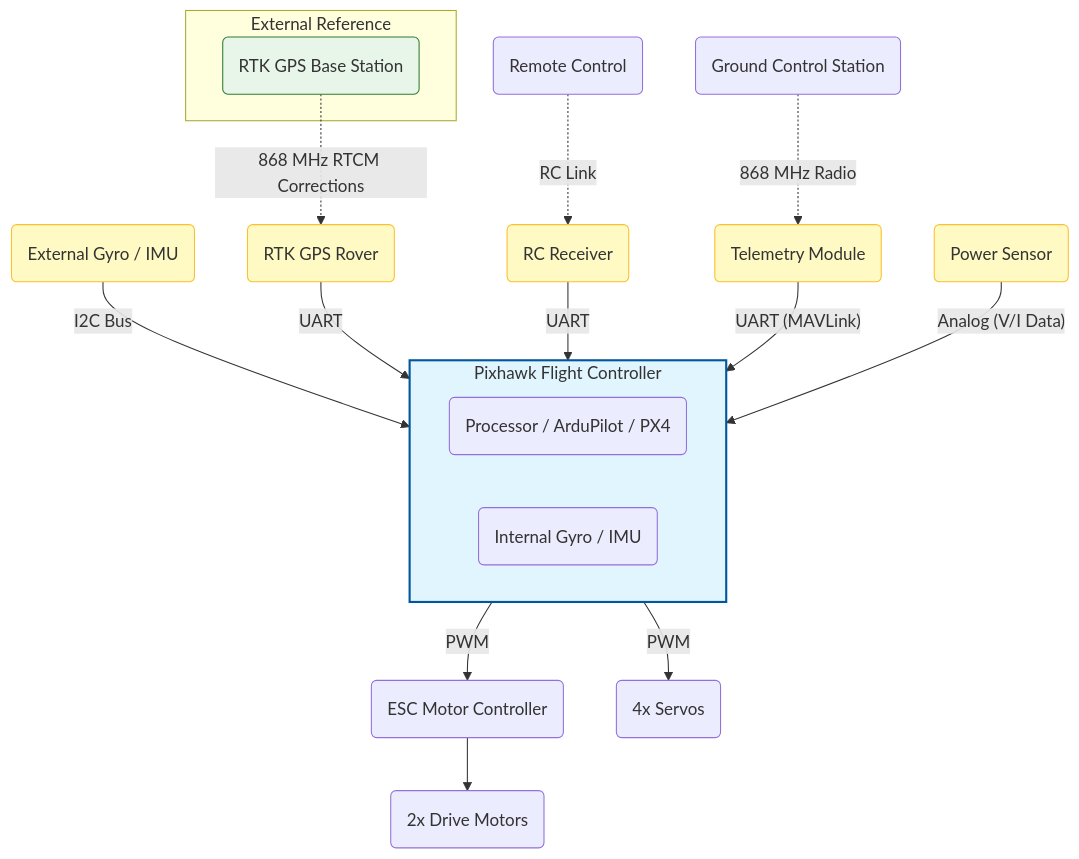
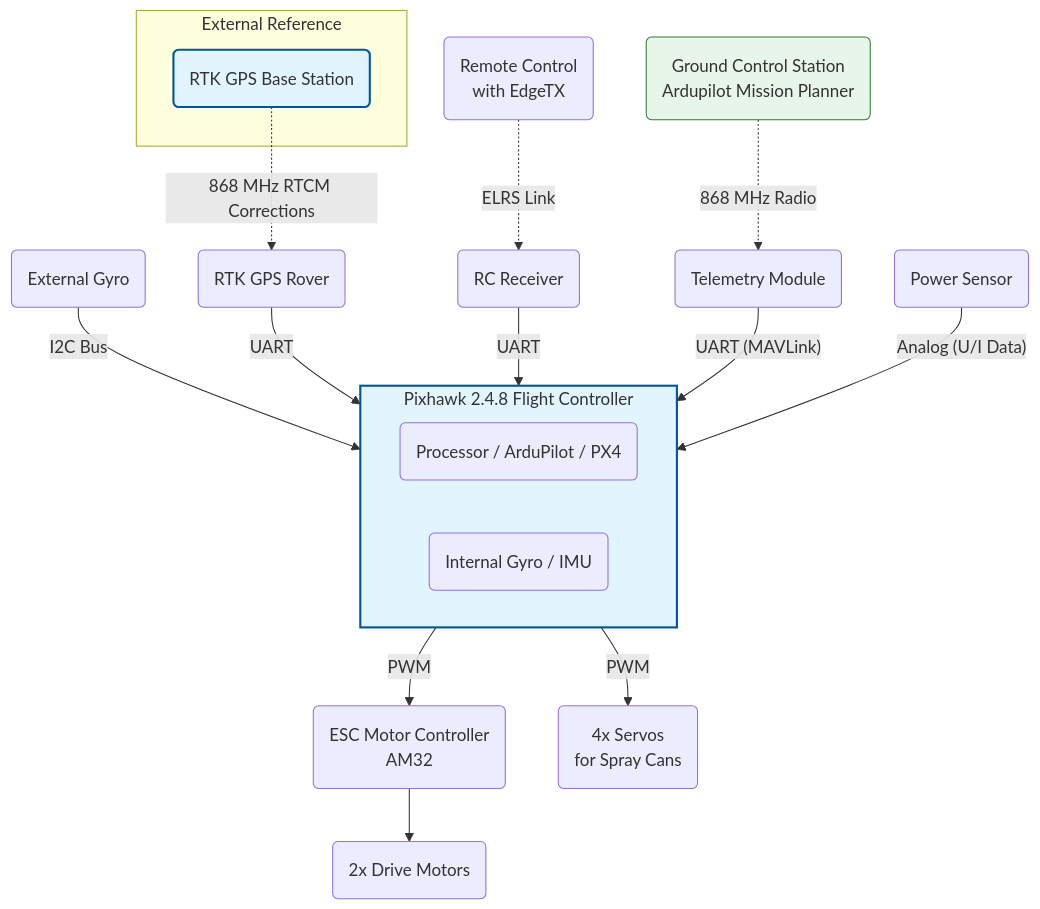
The first of 4 diagrams in README.md (vBJohannes/RoadMarkerBot), drawn with Mermaid before and after one commit. The commit also changed other lines of this file, not shown here.

````diff
--- a/README.md
+++ b/README.md
@@ -15,40 +15,39 @@
 ```mermaid
 graph TD
     %% Central Unit
-    subgraph PIXHAWK [Pixhawk Flight Controller]
+    subgraph PIXHAWK [Pixhawk 2.4.8 Flight Controller]
         CPU(Processor / ArduPilot / PX4)
         IMU_INT(Internal Gyro / IMU)
     end
 
     %% Sensors & Inputs
-    IMU_EXT(External Gyro / IMU) -- "I2C Bus" --> PIXHAWK
+    IMU_EXT(External Gyro) -- "I2C Bus" --> PIXHAWK
     GPS_ROVER(RTK GPS Rover) -- "UART" --> PIXHAWK
     RC_REC(RC Receiver) -- "UART" --> PIXHAWK
     TELE(Telemetry Module) -- "UART (MAVLink)" --> PIXHAWK
     
     %% Power Monitoring (New)
-    PWR_SENS(Power Sensor) -- "Analog (V/I Data)" --> PIXHAWK
+    PWR_SENS(Power Sensor) -- "Analog (U/I Data)" --> PIXHAWK
 
     %% Wireless Links
-    GCS(Ground Control Station) -. "868 MHz Radio" .-> TELE
-    Remote(Remote Control) -. "RC Link" .-> RC_REC
+    GCS(Ground Control Station<br>Ardupilot Mission Planner) -. "868 MHz Radio" .-> TELE
+    Remote(Remote Control<br>with EdgeTX) -. "ELRS Link" .-> RC_REC
     
     subgraph RTK_Base_System [External Reference]
         GPS_BASE(RTK GPS Base Station)
     end
     GPS_BASE -. "868 MHz RTCM Corrections" .-> GPS_ROVER
 
     %% Actuators (Outputs)
-    PIXHAWK -- "PWM" --> ESC(ESC Motor Controller)
+    PIXHAWK -- "PWM" --> ESC(ESC Motor Controller<br>AM32)
     ESC --> MOT(2x Drive Motors)
     
-    PIXHAWK -- "PWM" --> SER(4x Servos)
+    PIXHAWK -- "PWM" --> SER(4x Servos<br>for Spray Cans)
 
     %% Styling
-    classDef hardware fill:#e1f5fe,stroke:#01579b,stroke-width:2px;
+    classDef system fill:#e1f5fe,stroke:#01579b,stroke-width:2px;
+    classDef software fill:#e8f5e9,stroke:#2e7d32;
     classDef external fill:#fff9c4,stroke:#fbc02d;
-    classDef rtk fill:#e8f5e9,stroke:#2e7d32;
-    class PIXHAWK hardware;
-    class IMU_EXT,GPS_ROVER,RC_REC,TELE,PWR_SENS external;
-    class GPS_BASE rtk;
+    class PIXHAWK,GPS_BASE system;
+    class GCS software;
 ```
````
